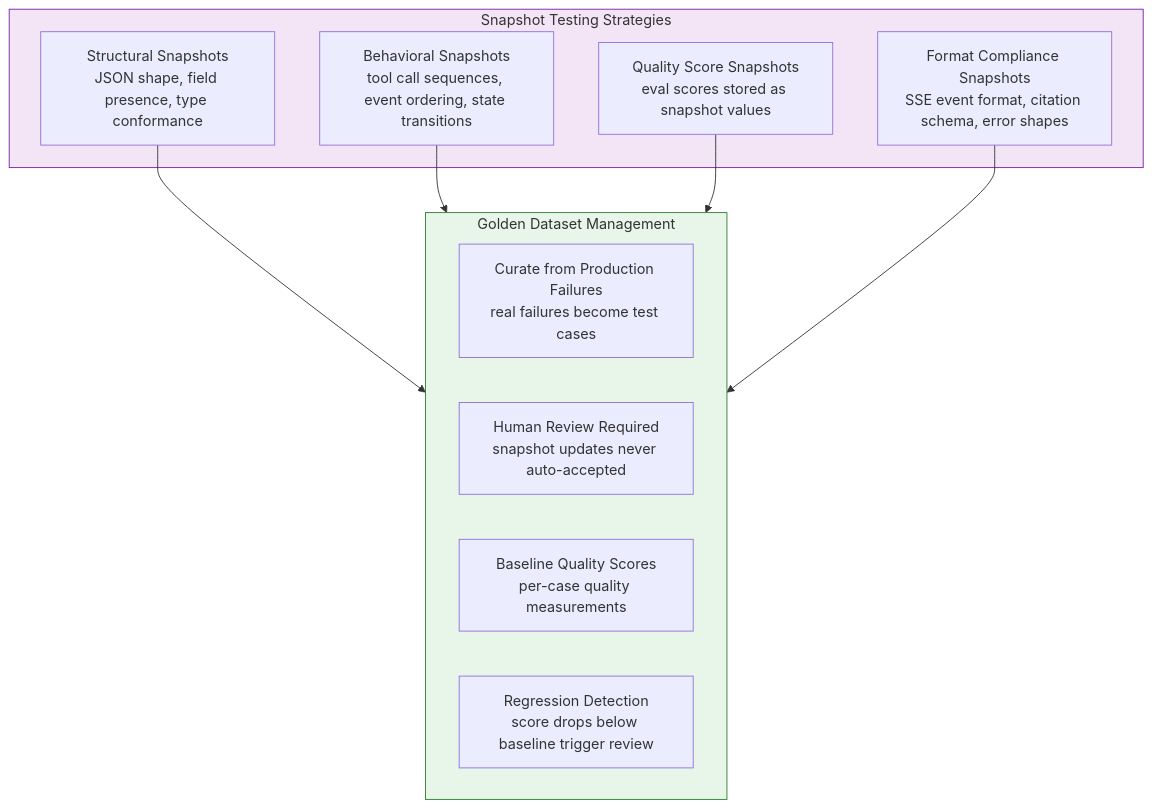
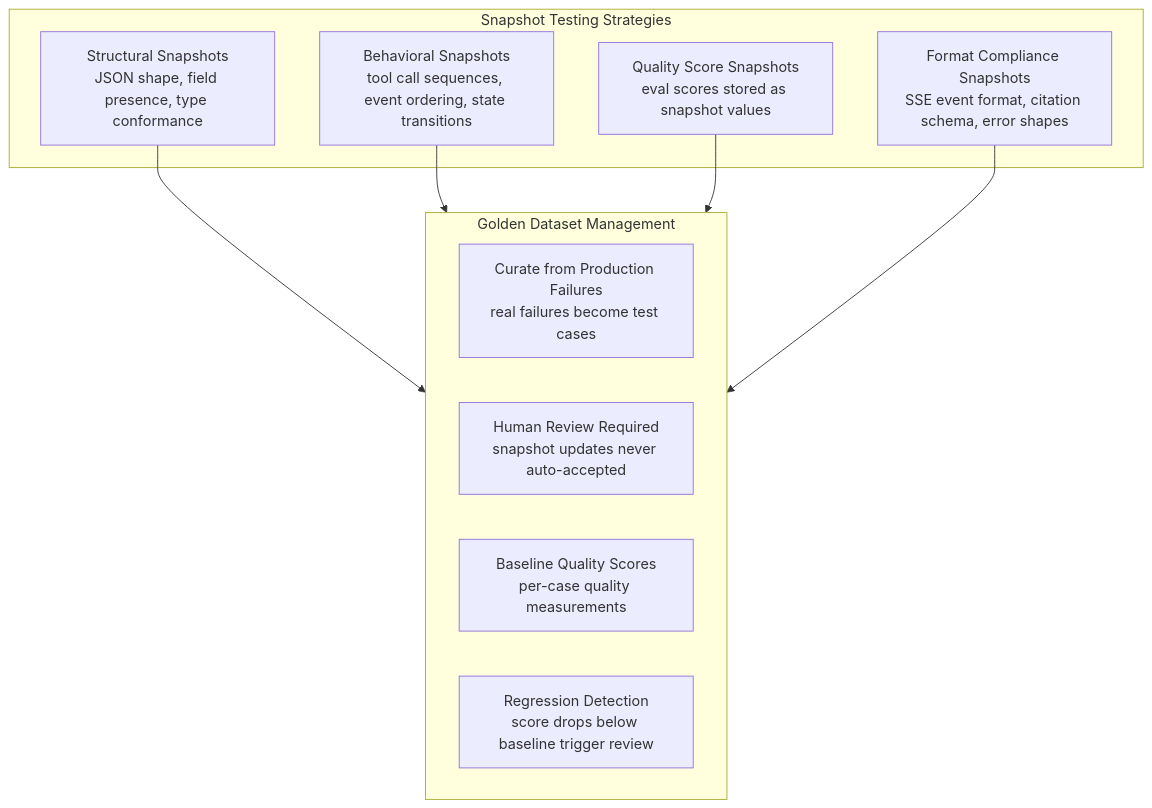
Diagram 13 of 14 in plan/testing.md (1qh/safeagent), drawn with Mermaid before and after one commit. The commit also changed other lines of this file and 43 other files, not shown here.

Commit message:
Phase 3 compression: strip non-semantic separators and Mermaid style metadata

````diff
--- a/plan/testing.md
+++ b/plan/testing.md
@@ -1073,24 +1016,22 @@
 ```mermaid
 flowchart TD
     subgraph SNAPSHOT_TYPES["Snapshot Testing Strategies"]
         STRUCTURAL["Structural Snapshots\nJSON shape, field presence, type conformance"]
         BEHAVIORAL["Behavioral Snapshots\ntool call sequences, event ordering, state transitions"]
         QUALITY_SCORE["Quality Score Snapshots\neval scores stored as snapshot values"]
         FORMAT_SNAP["Format Compliance Snapshots\nSSE event format, citation schema, error shapes"]
     end
 
     subgraph GOLDEN_MANAGEMENT["Golden Dataset Management"]
         CURATE["Curate from Production Failures\nreal failures become test cases"]
         HUMAN_REVIEW["Human Review Required\nsnapshot updates never auto-accepted"]
         BASELINE_SCORES["Baseline Quality Scores\nper-case quality measurements"]
         REGRESSION_DETECT["Regression Detection\nscore drops below baseline trigger review"]
     end
 
     STRUCTURAL --> GOLDEN_MANAGEMENT
     BEHAVIORAL --> GOLDEN_MANAGEMENT
     QUALITY_SCORE --> GOLDEN_MANAGEMENT
     FORMAT_SNAP --> GOLDEN_MANAGEMENT
 
-    style SNAPSHOT_TYPES fill:#f3e5f5,stroke:#7b1fa2
-    style GOLDEN_MANAGEMENT fill:#e8f5e9,stroke:#2e7d32
 ```
````
